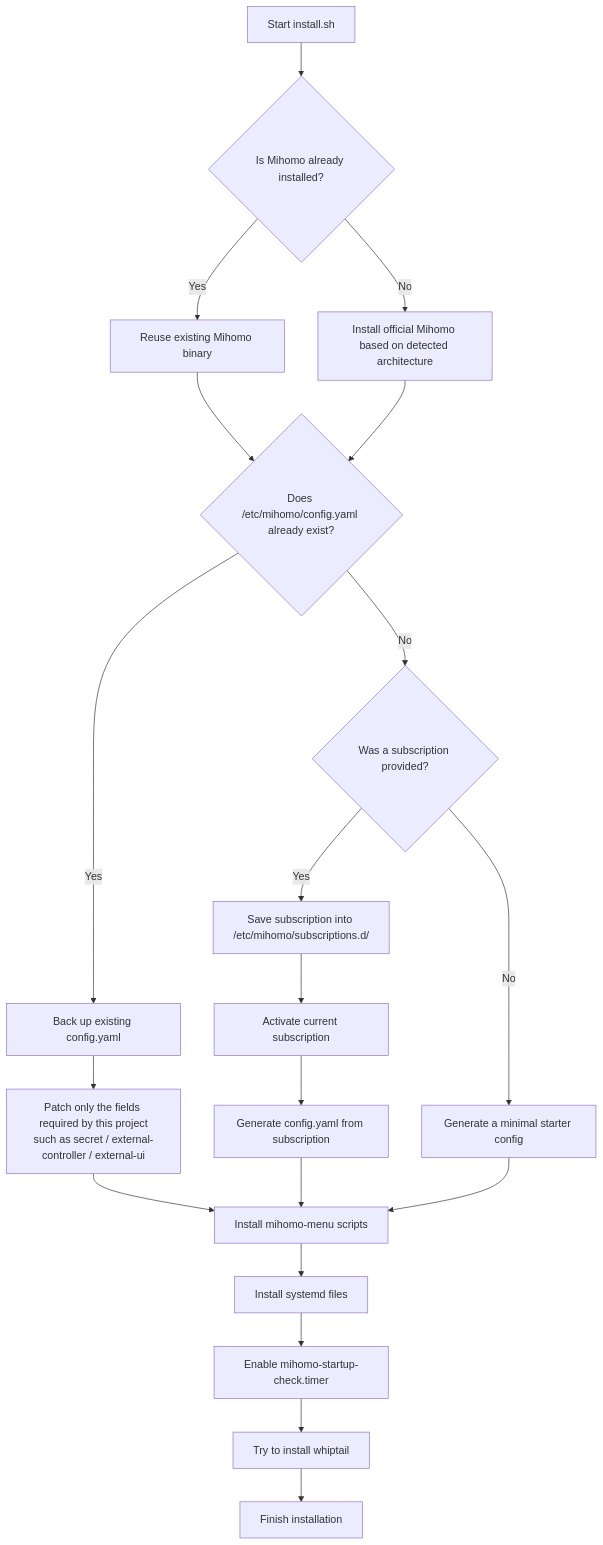
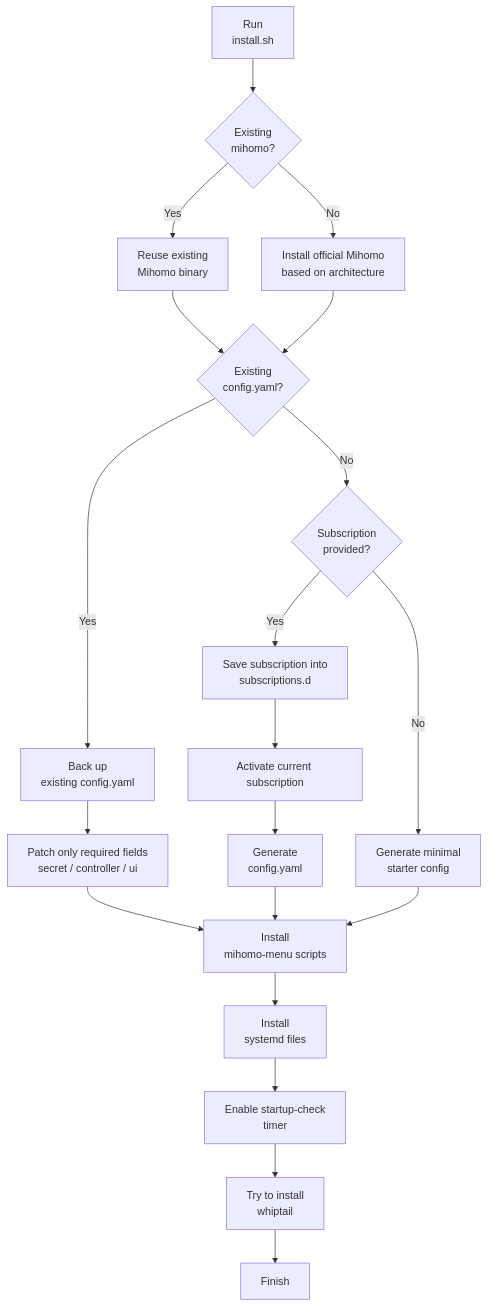
Before and after one commit to sunset-move/mihomo-menu: the diagram in README_EN.md, drawn with Mermaid. The commit also changed 1 other file, not shown here.

Commit message:
优化 README 流程图显示效果

````diff
--- a/README_EN.md
+++ b/README_EN.md
@@ -124,27 +124,27 @@
 ```mermaid
 flowchart TD
-    A["Start install.sh"] --> B{"Is Mihomo already installed?"}
-    B -- "Yes" --> C["Reuse existing Mihomo binary"]
-    B -- "No" --> D["Install official Mihomo based on detected architecture"]
+    A["Run<br/>install.sh"] --> B{"Existing<br/>mihomo?"}
+    B -- "Yes" --> C["Reuse existing<br/>Mihomo binary"]
+    B -- "No" --> D["Install official Mihomo<br/>based on architecture"]
 
-    C --> E{"Does /etc/mihomo/config.yaml already exist?"}
+    C --> E{"Existing<br/>config.yaml?"}
     D --> E
 
-    E -- "Yes" --> F["Back up existing config.yaml"]
-    F --> G["Patch only the fields required by this project<br/>such as secret / external-controller / external-ui"]
+    E -- "Yes" --> F["Back up<br/>existing config.yaml"]
+    F --> G["Patch only required fields<br/>secret / controller / ui"]
 
-    E -- "No" --> H{"Was a subscription provided?"}
-    H -- "Yes" --> I["Save subscription into /etc/mihomo/subscriptions.d/"]
+    E -- "No" --> H{"Subscription<br/>provided?"}
+    H -- "Yes" --> I["Save subscription into<br/>subscriptions.d"]
     I --> J["Activate current subscription"]
-    J --> K["Generate config.yaml from subscription"]
-    H -- "No" --> L["Generate a minimal starter config"]
+    J --> K["Generate<br/>config.yaml"]
+    H -- "No" --> L["Generate minimal<br/>starter config"]
 
-    G --> M["Install mihomo-menu scripts"]
+    G --> M["Install<br/>mihomo-menu scripts"]
     K --> M
     L --> M
 
-    M --> N["Install systemd files"]
-    N --> O["Enable mihomo-startup-check.timer"]
-    O --> P["Try to install whiptail"]
-    P --> Q["Finish installation"]
+    M --> N["Install<br/>systemd files"]
+    N --> O["Enable startup-check<br/>timer"]
+    O --> P["Try to install<br/>whiptail"]
+    P --> Q["Finish"]
 ```
````
